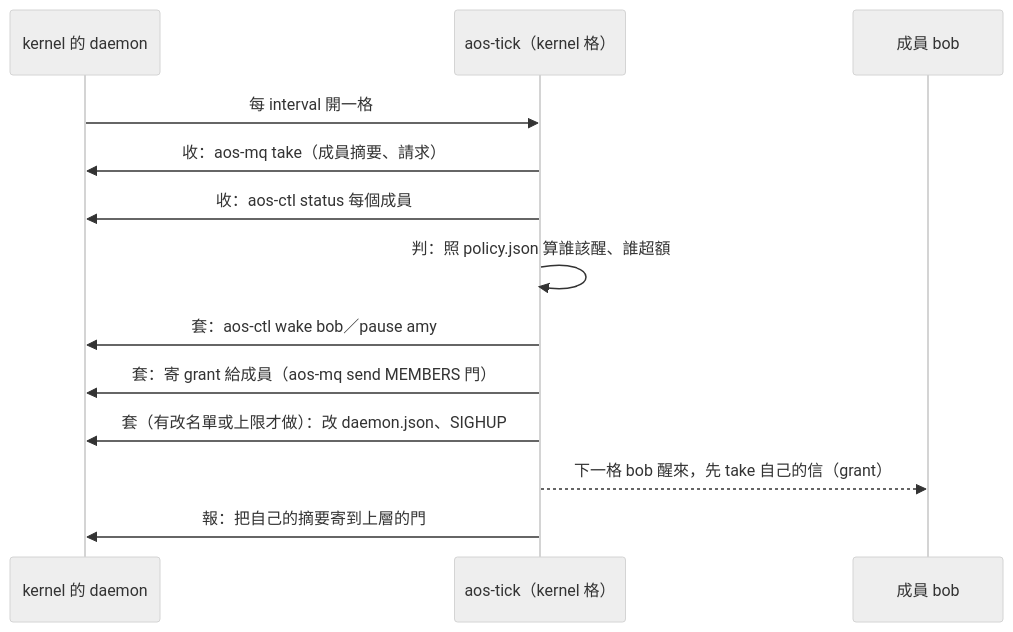
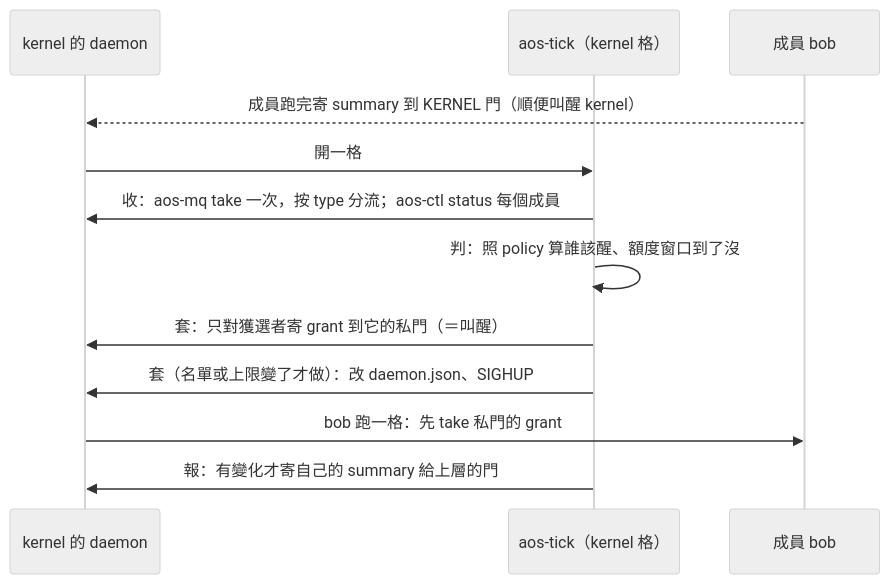
Before and after one commit to justty32/aos: the first of 2 diagrams in proto6/notes/proposals/2026-10-02-kernel/03-推薦方案.md, drawn with Mermaid (neutral theme). The commit also changed other lines of this file and 5 other files, not shown here.

First line of the commit message:
kernel 提案照 astra 審查修正：預置暫停、grant 走私門、多層同帳號、envs 放對位置

````diff
--- a/proto6/notes/proposals/2026-10-02-kernel/03-推薦方案.md
+++ b/proto6/notes/proposals/2026-10-02-kernel/03-推薦方案.md
@@ -37,15 +42,14 @@
 ```mermaid
 sequenceDiagram
   participant D as kernel 的 daemon
   participant K as aos-tick（kernel 格）
   participant M as 成員 bob
-  D->>K: 每 interval 開一格
-  K->>D: 收：aos-mq take（成員摘要、請求）
-  K->>D: 收：aos-ctl status 每個成員
-  K->>K: 判：照 policy.json 算誰該醒、誰超額
-  K->>D: 套：aos-ctl wake bob／pause amy
-  K->>D: 套：寄 grant 給成員（aos-mq send MEMBERS 門）
-  K->>D: 套（有改名單或上限才做）：改 daemon.json、SIGHUP
-  K-->>M: 下一格 bob 醒來，先 take 自己的信（grant）
-  K->>D: 報：把自己的摘要寄到上層的門
+  M-->>D: 成員跑完寄 summary 到 KERNEL 門（順便叫醒 kernel）
+  D->>K: 開一格
+  K->>D: 收：aos-mq take 一次，按 type 分流；aos-ctl status 每個成員
+  K->>K: 判：照 policy 算誰該醒、額度窗口到了沒
+  K->>D: 套：只對獲選者寄 grant 到它的私門（＝叫醒）
+  K->>D: 套（名單或上限變了才做）：改 daemon.json、SIGHUP
+  D->>M: bob 跑一格：先 take 私門的 grant
+  K->>D: 報：有變化才寄自己的 summary 給上層的門
 ```
````
